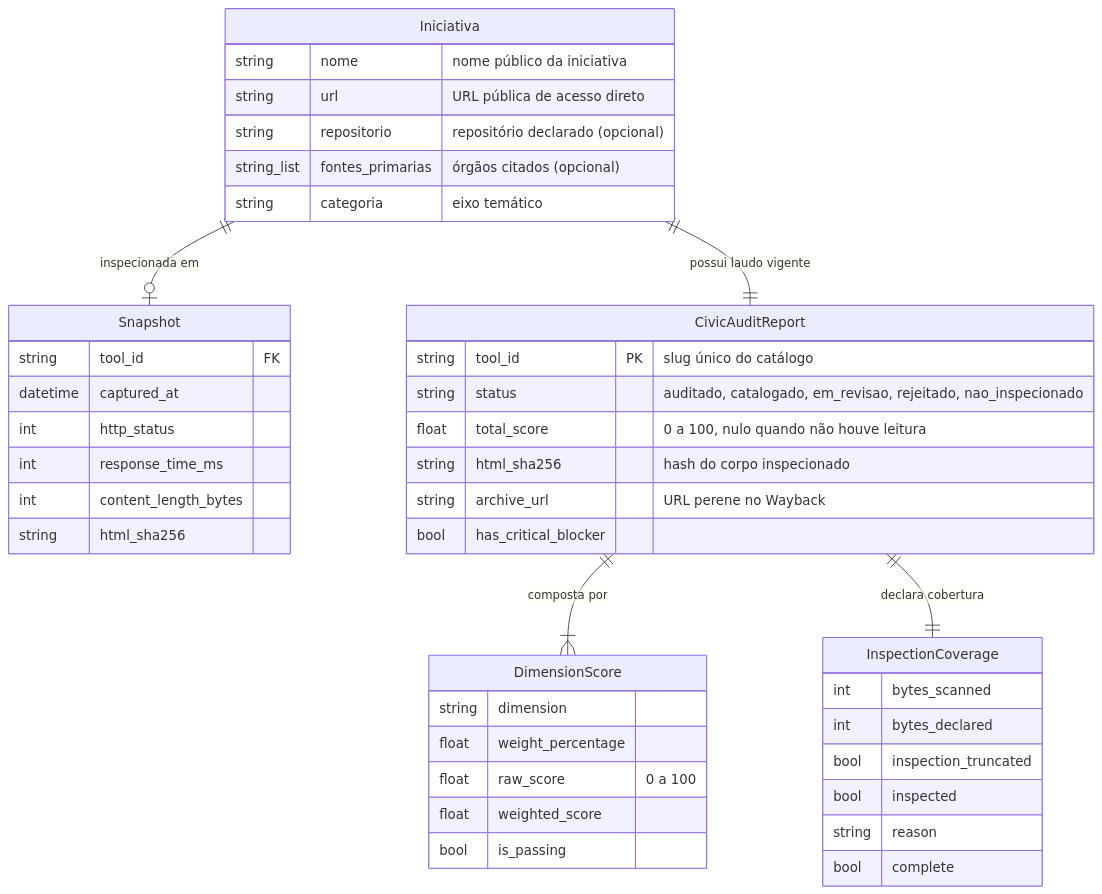
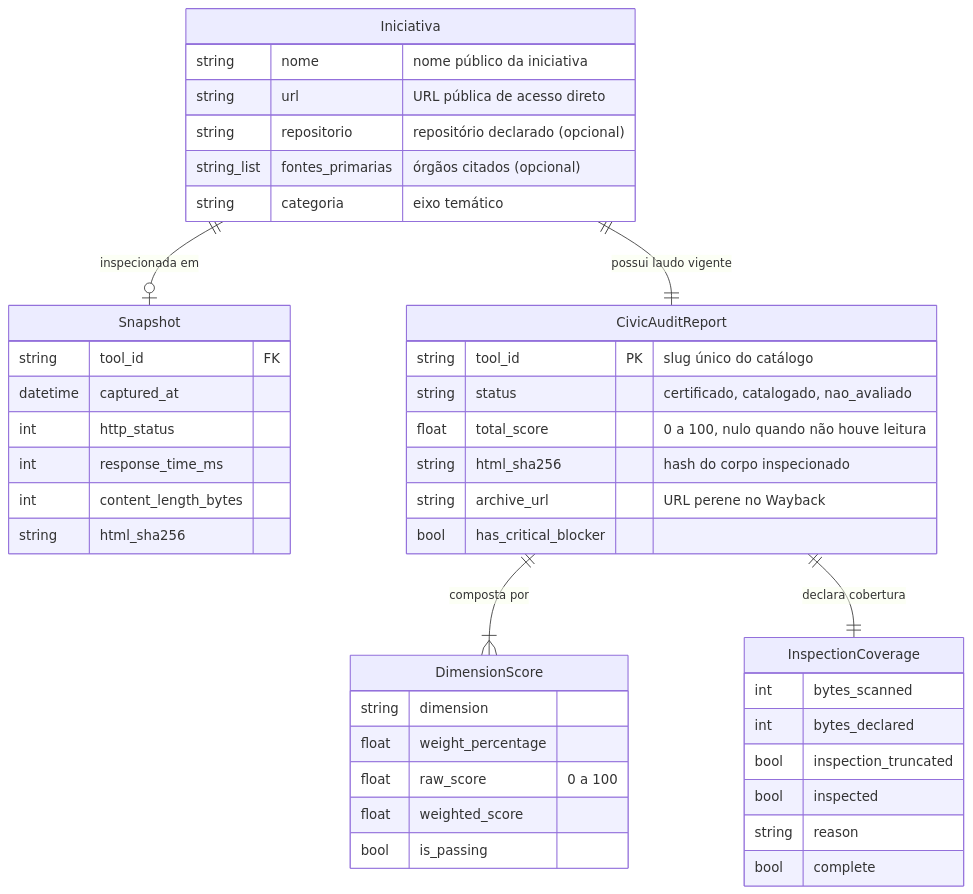
One commit to tecnopopular/observatorio changed the diagram in specs/001-pipeline-monitoramento/data-model.md. Above: the diagram before and after it, drawn with Mermaid. The commit also changed other lines of this file and 17 other files, not shown here.

First line of the commit message:
refactor(evaluator): unifica taxonomia de status em certificado, catalogado e nao_avaliado

````diff
--- a/specs/001-pipeline-monitoramento/data-model.md
+++ b/specs/001-pipeline-monitoramento/data-model.md
@@ -15,50 +15,50 @@
 ```mermaid
 erDiagram
     Iniciativa ||--o| Snapshot : "inspecionada em"
     Iniciativa ||--|| CivicAuditReport : "possui laudo vigente"
     CivicAuditReport ||--|{ DimensionScore : "composta por"
     CivicAuditReport ||--|| InspectionCoverage : "declara cobertura"
 
     Iniciativa {
         string nome "nome público da iniciativa"
         string url "URL pública de acesso direto"
         string repositorio "repositório declarado (opcional)"
         string_list fontes_primarias "órgãos citados (opcional)"
         string categoria "eixo temático"
     }
 
     Snapshot {
         string tool_id FK
         datetime captured_at
         int http_status
         int response_time_ms
         int content_length_bytes
         string html_sha256
     }
 
     CivicAuditReport {
         string tool_id PK "slug único do catálogo"
-        string status "auditado, catalogado, em_revisao, rejeitado, nao_inspecionado"
+        string status "certificado, catalogado, nao_avaliado"
         float total_score "0 a 100, nulo quando não houve leitura"
         string html_sha256 "hash do corpo inspecionado"
         string archive_url "URL perene no Wayback"
         bool has_critical_blocker
     }
 
     DimensionScore {
         string dimension
         float weight_percentage
         float raw_score "0 a 100"
         float weighted_score
         bool is_passing
     }
 
     InspectionCoverage {
         int bytes_scanned
         int bytes_declared
         bool inspection_truncated
         bool inspected
         string reason
         bool complete
     }
 ```
````
